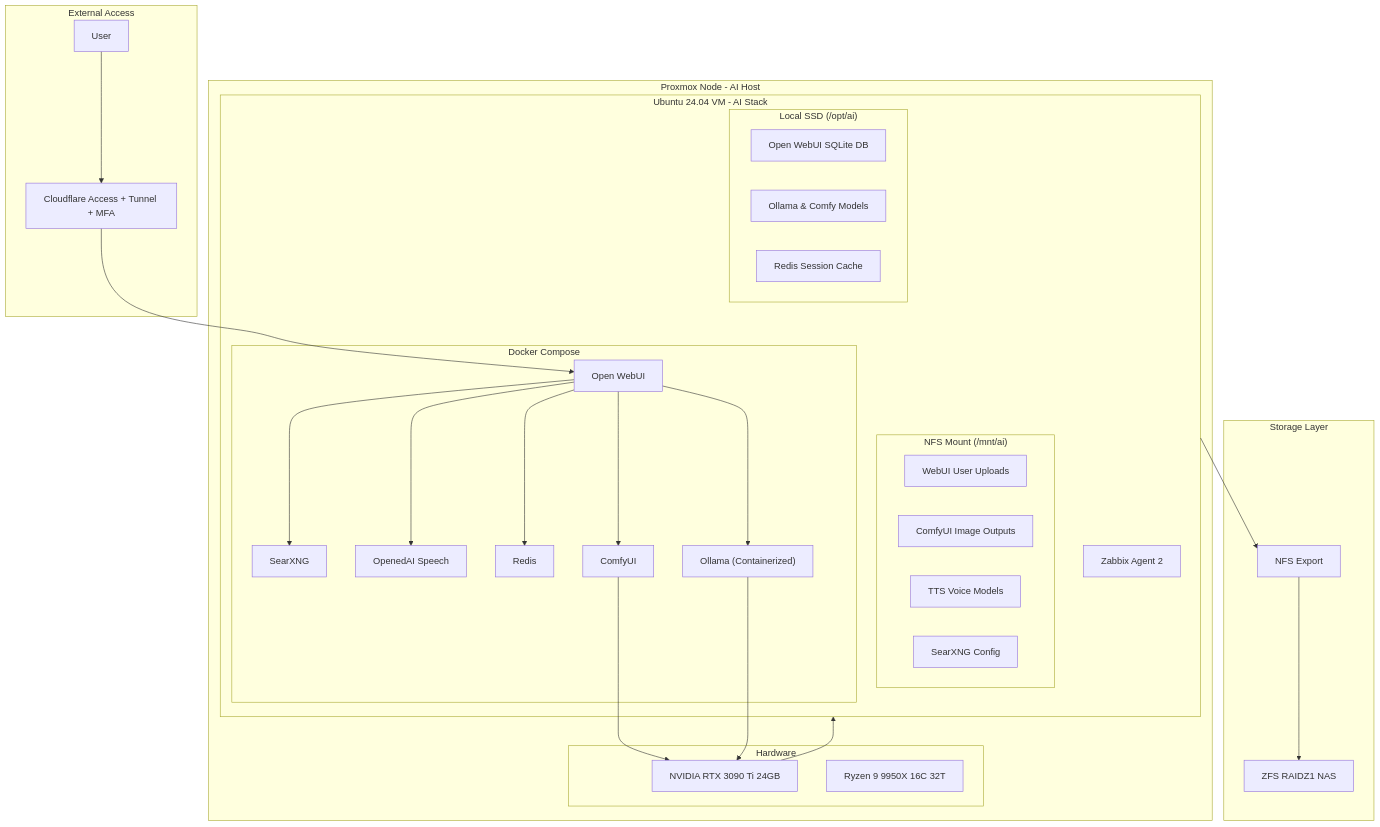
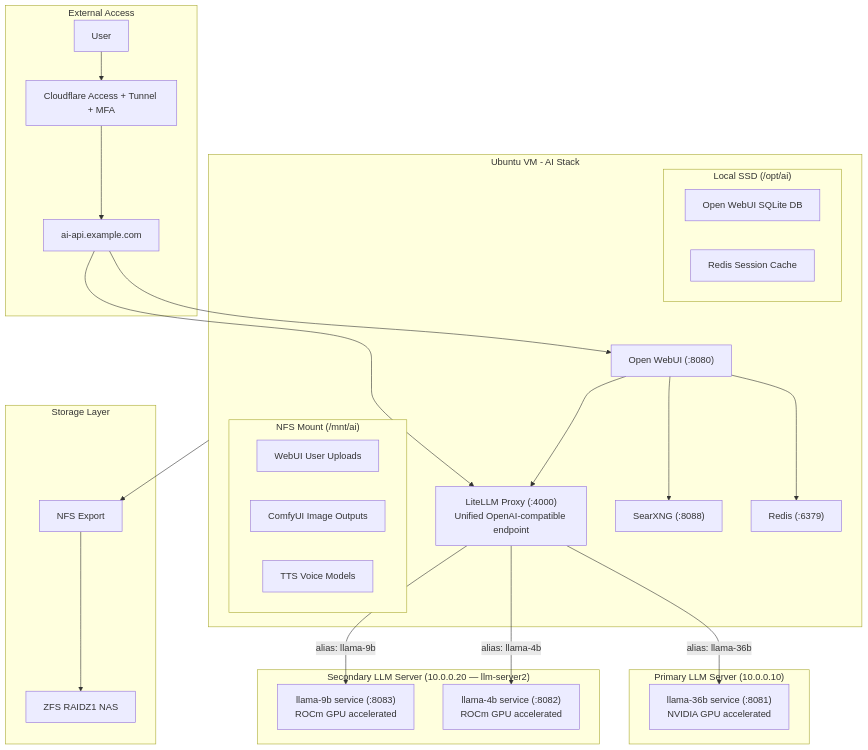
Before and after one commit to nicolasnkGH/ai-stack: the diagram in docs/architecture.md, drawn with Mermaid. The commit also changed other lines of this file and 1 other file, not shown here.

Commit message:
docs: update public ai-stack README/architecture for dual-server LiteLLM design with full sanitization (#1)
* Initial plan

* docs: update README and architecture with dual-server design and sanitized values

* docs: add Engineering Decisions section — Dockerfile vs llama.cpp, dual-backend routing rationale

---------

````diff
--- a/docs/architecture.md
+++ b/docs/architecture.md
@@ -12,57 +12,52 @@
 ```mermaid
 graph TD
 
 subgraph External_Network["External Access"]
     User["User"] --> CF["Cloudflare Access + Tunnel + MFA"]
+    CF --> FQDN["ai-api.example.com"]
 end
 
-subgraph Proxmox_Node_AI["Proxmox Node - AI Host"]
-    subgraph Hardware["Hardware"]
-        GPU["NVIDIA RTX 3090 Ti 24GB"]
-        CPU["Ryzen 9 9950X 16C 32T"]
+subgraph AI_VM["Ubuntu VM - AI Stack"]
+    FQDN --> WUI["Open WebUI (:8080)"]
+    FQDN --> LITELLM["LiteLLM Proxy (:4000)\nUnified OpenAI-compatible endpoint"]
+
+    WUI --> LITELLM
+    WUI --> SX["SearXNG (:8088)"]
+    WUI --> RD["Redis (:6379)"]
+
+    subgraph Local_SSD["Local SSD (/opt/ai)"]
+        DB["Open WebUI SQLite DB"]
+        RD_CACHE["Redis Session Cache"]
     end
 
-    subgraph AI_VM["Ubuntu 24.04 VM - AI Stack"]
-        subgraph Local_SSD["Local SSD (/opt/ai)"]
-            DB["Open WebUI SQLite DB"]
-            MODELS["Ollama & Comfy Models"]
-            RD_CACHE["Redis Session Cache"]
-        end
+    subgraph NFS_Mount["NFS Mount (/mnt/ai)"]
+        OWUI_UPLOADS["WebUI User Uploads"]
+        CUI_OUT["ComfyUI Image Outputs"]
+        TTS_DATA["TTS Voice Models"]
+    end
+end
 
-        subgraph NFS_Mount["NFS Mount (/mnt/ai)"]
-            OWUI_UPLOADS["WebUI User Uploads"]
-            CUI_OUT["ComfyUI Image Outputs"]
-            TTS_DATA["TTS Voice Models"]
-            SX_DATA["SearXNG Config"]
-        end
+subgraph Primary_Server["Primary LLM Server (10.0.0.10)"]
+    NVIDIA_SVC["llama-36b service (:8081)\nNVIDIA GPU accelerated"]
+end
 
-        WUI["Open WebUI"]
-        AGENT["Zabbix Agent 2"]
-
-        subgraph Compose["Docker Compose"]
-            WUI --> SX["SearXNG"]
-            WUI --> TTS["OpenedAI Speech"]
-            WUI --> RD["Redis"]
-            WUI --> CUI["ComfyUI"]
-            WUI --> OLL["Ollama (Containerized)"]
-        end
-    end
+subgraph Secondary_Server["Secondary LLM Server (10.0.0.20 — llm-server2)"]
+    ROCM_9B["llama-9b service (:8083)\nROCm GPU accelerated"]
+    ROCM_4B["llama-4b service (:8082)\nROCm GPU accelerated"]
 end
 
 subgraph Storage["Storage Layer"]
     NAS["ZFS RAIDZ1 NAS"]
     NFS["NFS Export"]
 end
 
-%% Logical Connections
-CF --> WUI
-GPU --> AI_VM
-CUI --> GPU
-OLL --> GPU
+%% LiteLLM routing
+LITELLM -->|"alias: llama-36b"| NVIDIA_SVC
+LITELLM -->|"alias: llama-9b"| ROCM_9B
+LITELLM -->|"alias: llama-4b"| ROCM_4B
 
 %% Storage Links
 AI_VM --> NFS
 NFS --> NAS
 Local_SSD --- AI_VM
-
 ```
````
